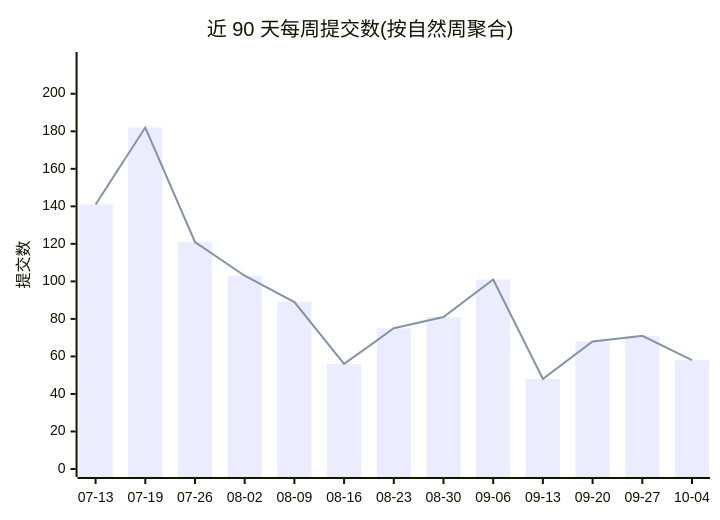
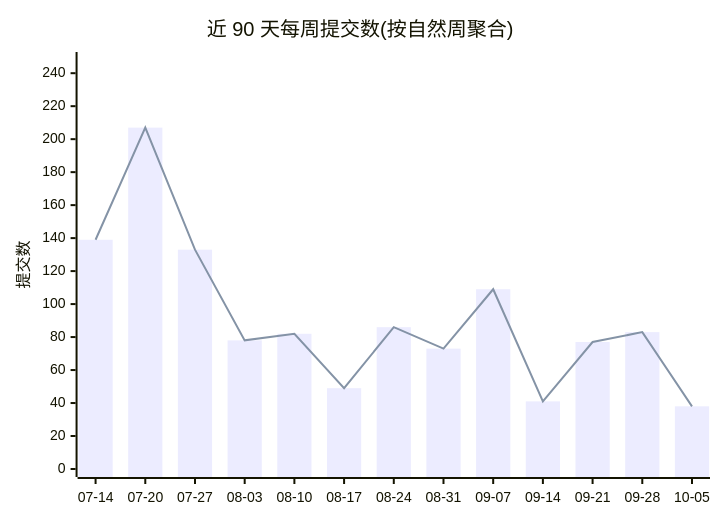
Before and after one commit to Conflux-Union/.github: the first of 2 diagrams in profile/README.md, drawn with Mermaid. The commit also changed other lines of this file and 1 other file, not shown here.

````diff
--- a/profile/README.md
+++ b/profile/README.md
@@ -44,8 +44,8 @@
 ```mermaid
 xychart-beta
     title "近 90 天每周提交数(按自然周聚合)"
-    x-axis ["07-13", "07-19", "07-26", "08-02", "08-09", "08-16", "08-23", "08-30", "09-06", "09-13", "09-20", "09-27", "10-04"]
-    y-axis "提交数" 0 --> 218
-    bar [141, 182, 121, 103, 89, 56, 75, 81, 101, 48, 68, 71, 58]
-    line [141, 182, 121, 103, 89, 56, 75, 81, 101, 48, 68, 71, 58]
+    x-axis ["07-14", "07-20", "07-27", "08-03", "08-10", "08-17", "08-24", "08-31", "09-07", "09-14", "09-21", "09-28", "10-05"]
+    y-axis "提交数" 0 --> 248
+    bar [139, 207, 133, 78, 82, 49, 86, 73, 109, 41, 77, 83, 38]
+    line [139, 207, 133, 78, 82, 49, 86, 73, 109, 41, 77, 83, 38]
 ```
````
